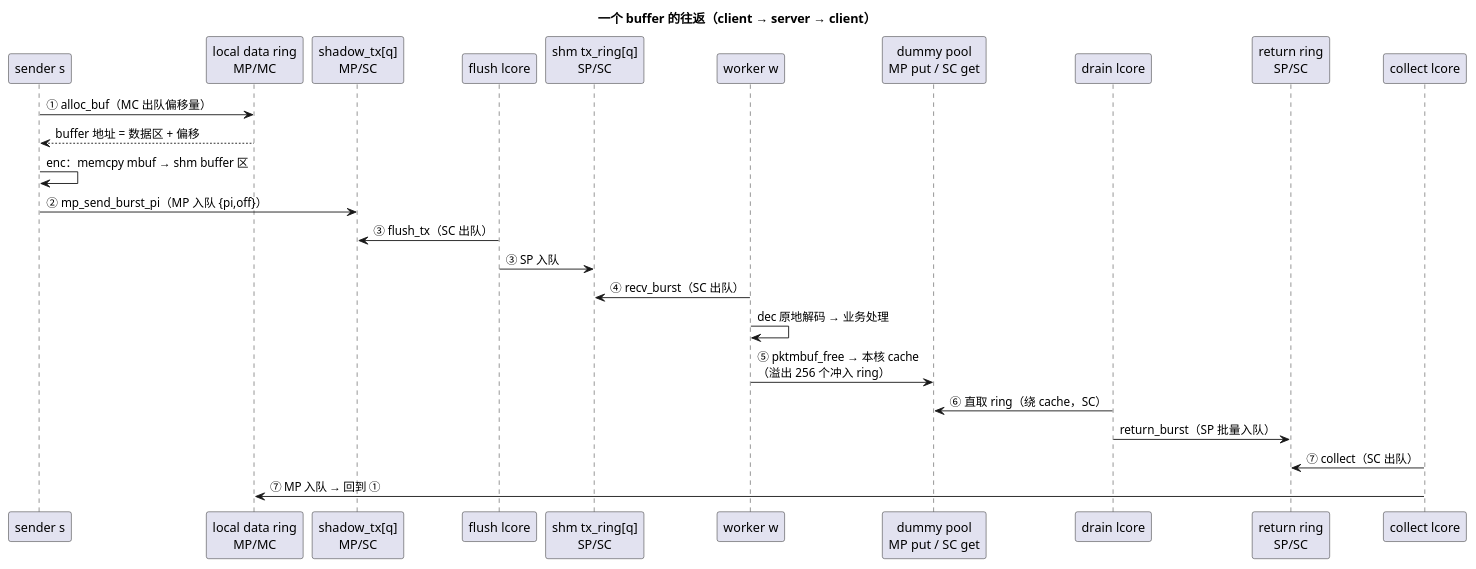
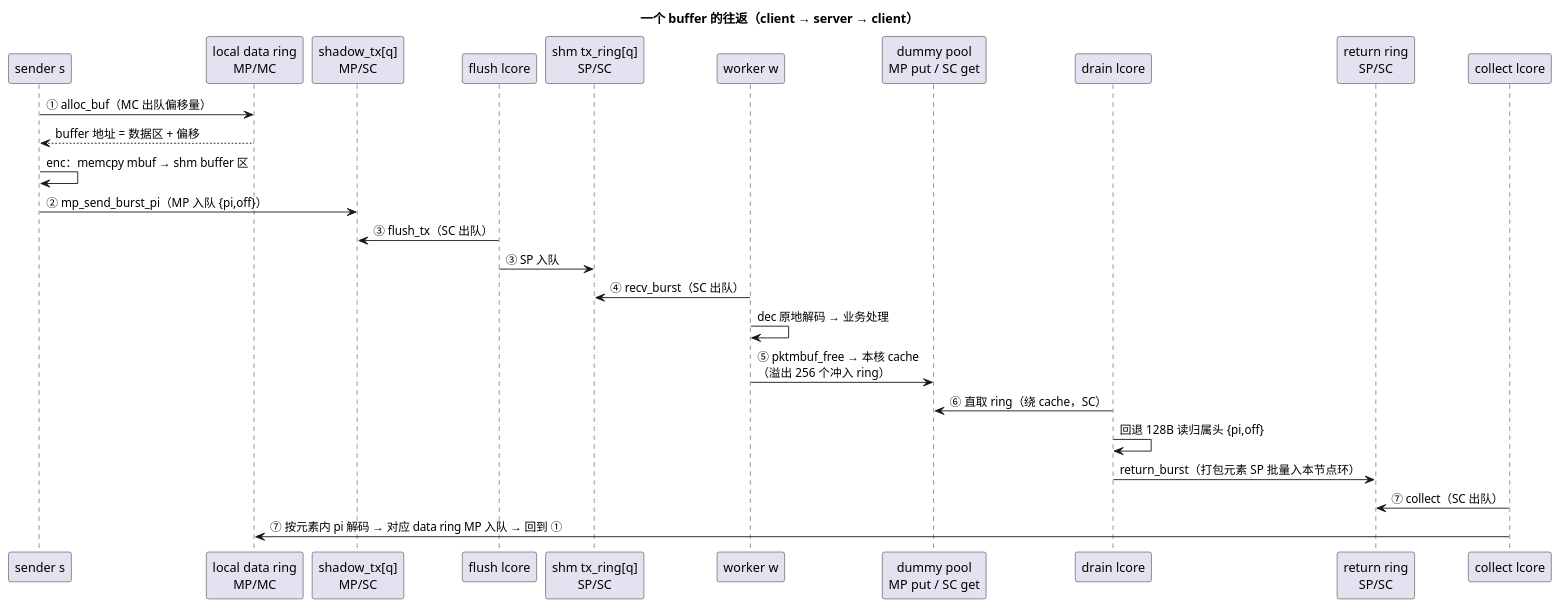
One commit to kunpengcompute/dpdk changed the second of 2 diagrams in demo2/ub_ring_model.md. Above: the diagram before and after it, drawn with PlantUML. The commit also changed other lines of this file and 3 other files, not shown here.

````diff
--- a/demo2/ub_ring_model.md
+++ b/demo2/ub_ring_model.md
@@ -105,30 +105,31 @@
 ```plantuml
 @startuml
 title 一个 buffer 的往返（client → server → client）
 
 participant "sender s" as S
 participant "local data ring\nMP/MC" as LDR
 participant "shadow_tx[q]\nMP/SC" as STX
 participant "flush lcore" as F
 participant "shm tx_ring[q]\nSP/SC" as TXR
 participant "worker w" as W
 participant "dummy pool\nMP put / SC get" as D
 participant "drain lcore" as DR
 participant "return ring\nSP/SC" as RR
 participant "collect lcore" as C
 
 S -> LDR : ① alloc_buf（MC 出队偏移量）
 LDR --> S : buffer 地址 = 数据区 + 偏移
 S -> S : enc：memcpy mbuf → shm buffer 区
 S -> STX : ② mp_send_burst_pi（MP 入队 {pi,off}）
 F -> STX : ③ flush_tx（SC 出队）
 F -> TXR : ③ SP 入队
 W -> TXR : ④ recv_burst（SC 出队）
 W -> W : dec 原地解码 → 业务处理
 W -> D : ⑤ pktmbuf_free → 本核 cache\n（溢出 256 个冲入 ring）
 DR -> D : ⑥ 直取 ring（绕 cache，SC）
-DR -> RR : return_burst（SP 批量入队）
+DR -> DR : 回退 128B 读归属头 {pi,off}
+DR -> RR : return_burst（打包元素 SP 批量入本节点环）
 C -> RR : ⑦ collect（SC 出队）
-C -> LDR : ⑦ MP 入队 → 回到 ①
+C -> LDR : ⑦ 按元素内 pi 解码 → 对应 data ring MP 入队 → 回到 ①
 @enduml
 ```
````
